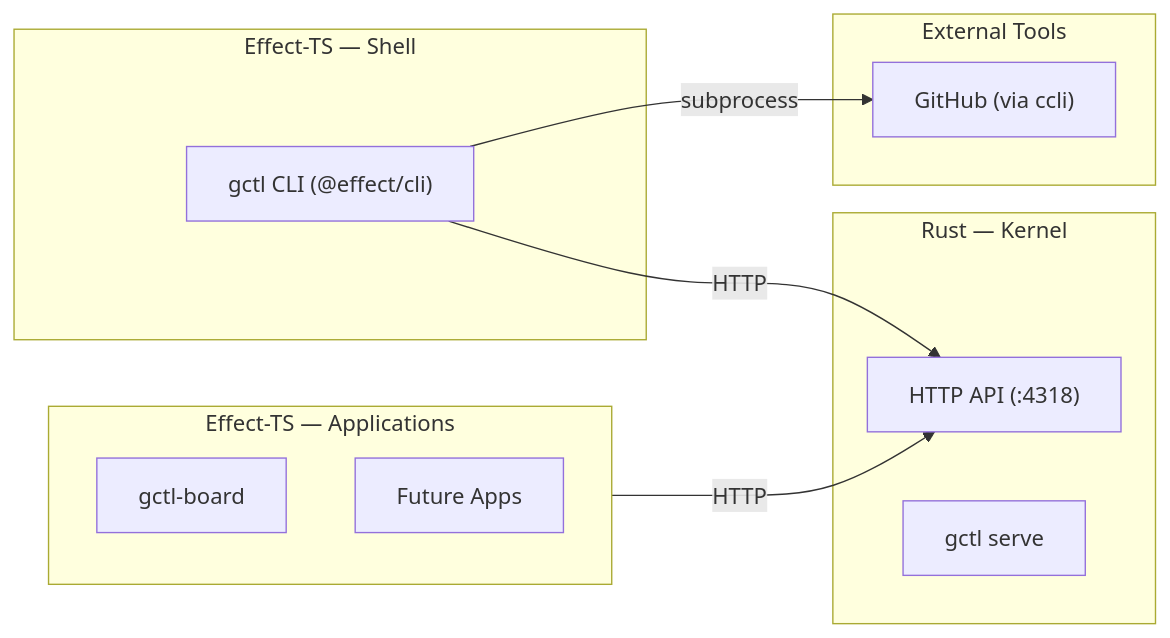
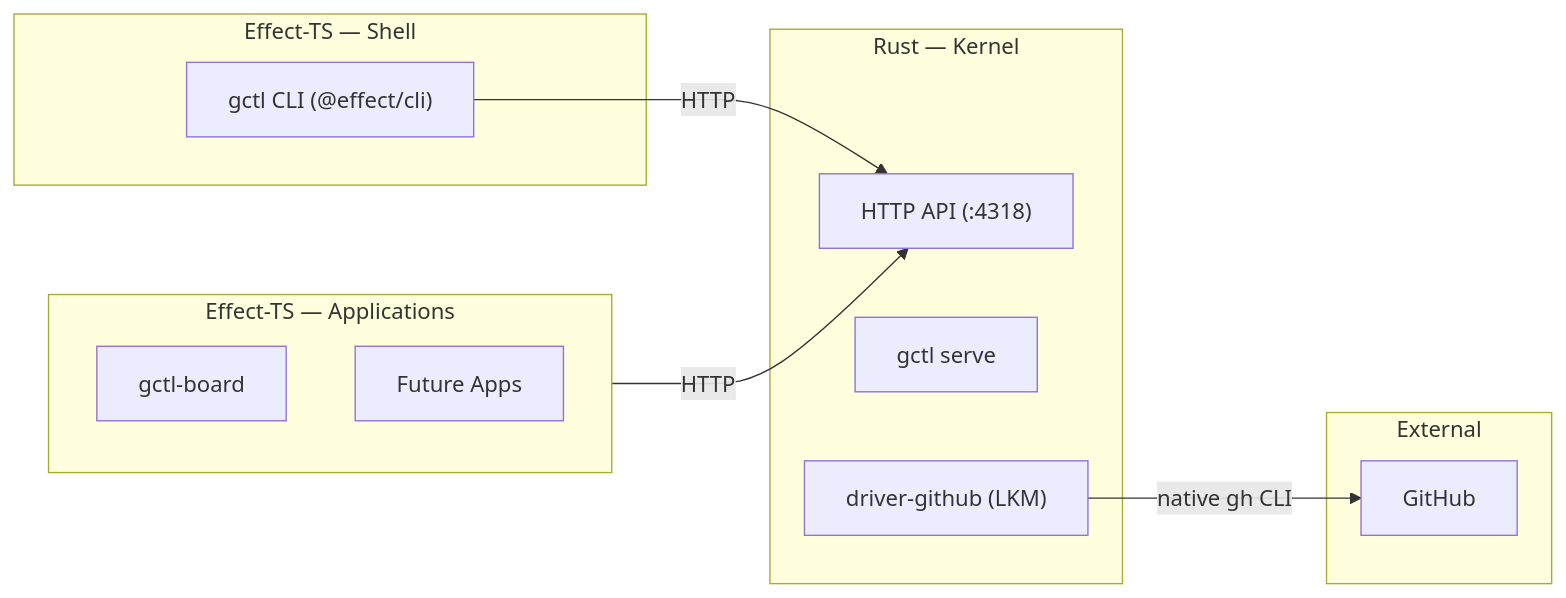
Before and after one commit to OpenHackersClub/gctrl: the diagram in specs/implementation/apps/components.md, drawn with Mermaid. The commit also changed other lines of this file and 39 other files, not shown here.

First line of the commit message:
refactor(shell): GitHub via kernel driver — no direct external API calls (#2)

````diff
--- a/specs/implementation/apps/components.md
+++ b/specs/implementation/apps/components.md
@@ -13,24 +13,25 @@
 ```mermaid
 graph LR
     subgraph Apps["Effect-TS — Applications"]
         Board["gctl-board"]
         FutureApps["Future Apps"]
     end
 
     subgraph Shell["Effect-TS — Shell"]
         CLI["gctl CLI (@effect/cli)"]
     end
 
     subgraph Kernel["Rust — Kernel"]
         API["HTTP API (:4318)"]
         Daemon["gctl serve"]
+        DrvGH["driver-github (LKM)"]
     end
 
-    subgraph External["External Tools"]
-        GitHub["GitHub (via ccli)"]
+    subgraph External["External"]
+        GitHub["GitHub"]
     end
 
     Apps -->|"HTTP"| API
     CLI -->|"HTTP"| API
-    CLI -->|"subprocess"| GitHub
+    DrvGH -->|"native gh CLI"| GitHub
 ```
````
